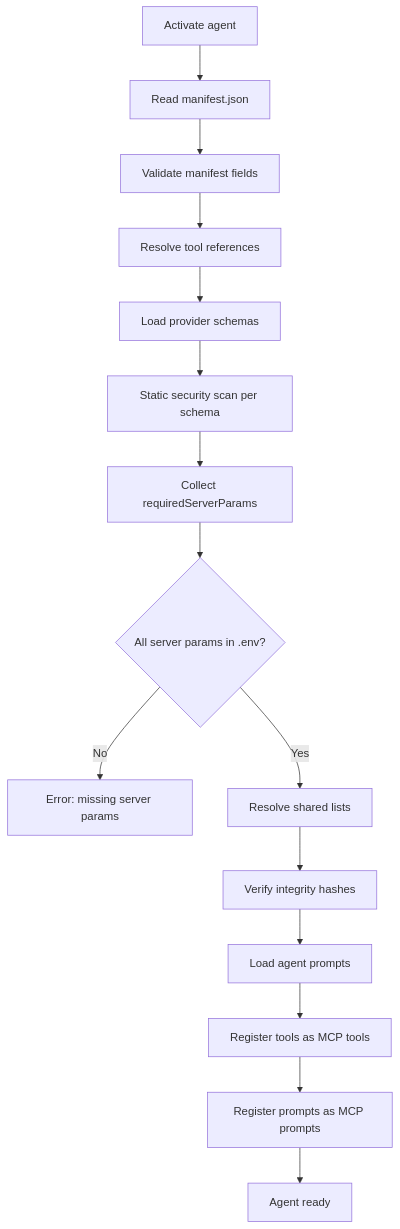
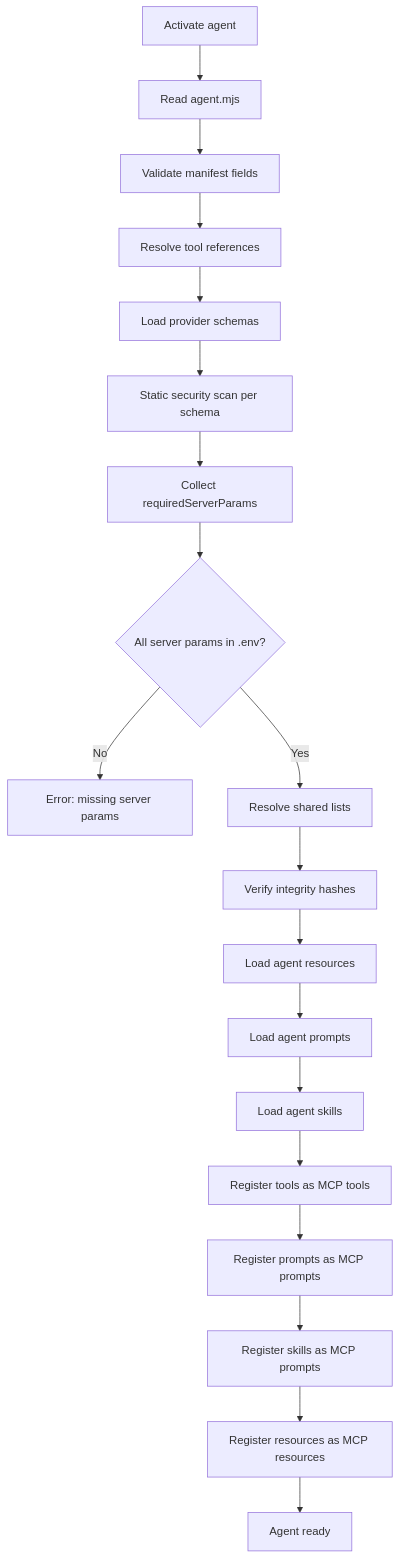
Before and after one commit to FlowMCP/flowmcp-spec: the sixth of 6 diagrams in spec/v3.0.0/06-agents.md, drawn with Mermaid. The commit also changed other lines of this file and 9 other files, not shown here.

````diff
--- a/spec/v3.0.0/06-agents.md
+++ b/spec/v3.0.0/06-agents.md
@@ -602,17 +681,21 @@
 ```mermaid
 flowchart TD
-    A[Activate agent] --> B[Read manifest.json]
+    A[Activate agent] --> B[Read agent.mjs]
     B --> C[Validate manifest fields]
     C --> D[Resolve tool references]
     D --> E[Load provider schemas]
     E --> F[Static security scan per schema]
     F --> G[Collect requiredServerParams]
     G --> H{All server params in .env?}
     H -->|No| I[Error: missing server params]
     H -->|Yes| J[Resolve shared lists]
     J --> K[Verify integrity hashes]
-    K --> L[Load agent prompts]
-    L --> M[Register tools as MCP tools]
-    M --> N[Register prompts as MCP prompts]
-    N --> O[Agent ready]
+    K --> L[Load agent resources]
+    L --> M[Load agent prompts]
+    M --> N[Load agent skills]
+    N --> O[Register tools as MCP tools]
+    O --> P[Register prompts as MCP prompts]
+    P --> Q[Register skills as MCP prompts]
+    Q --> R[Register resources as MCP resources]
+    R --> S[Agent ready]
 ```
````
